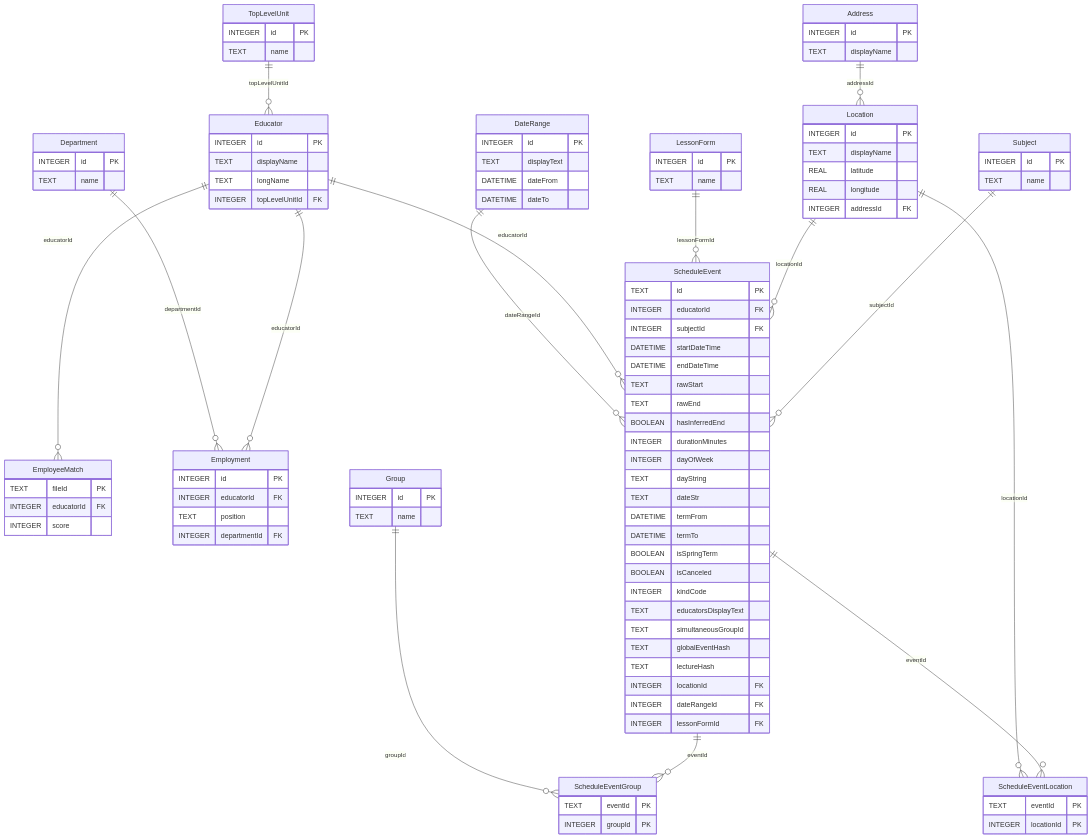
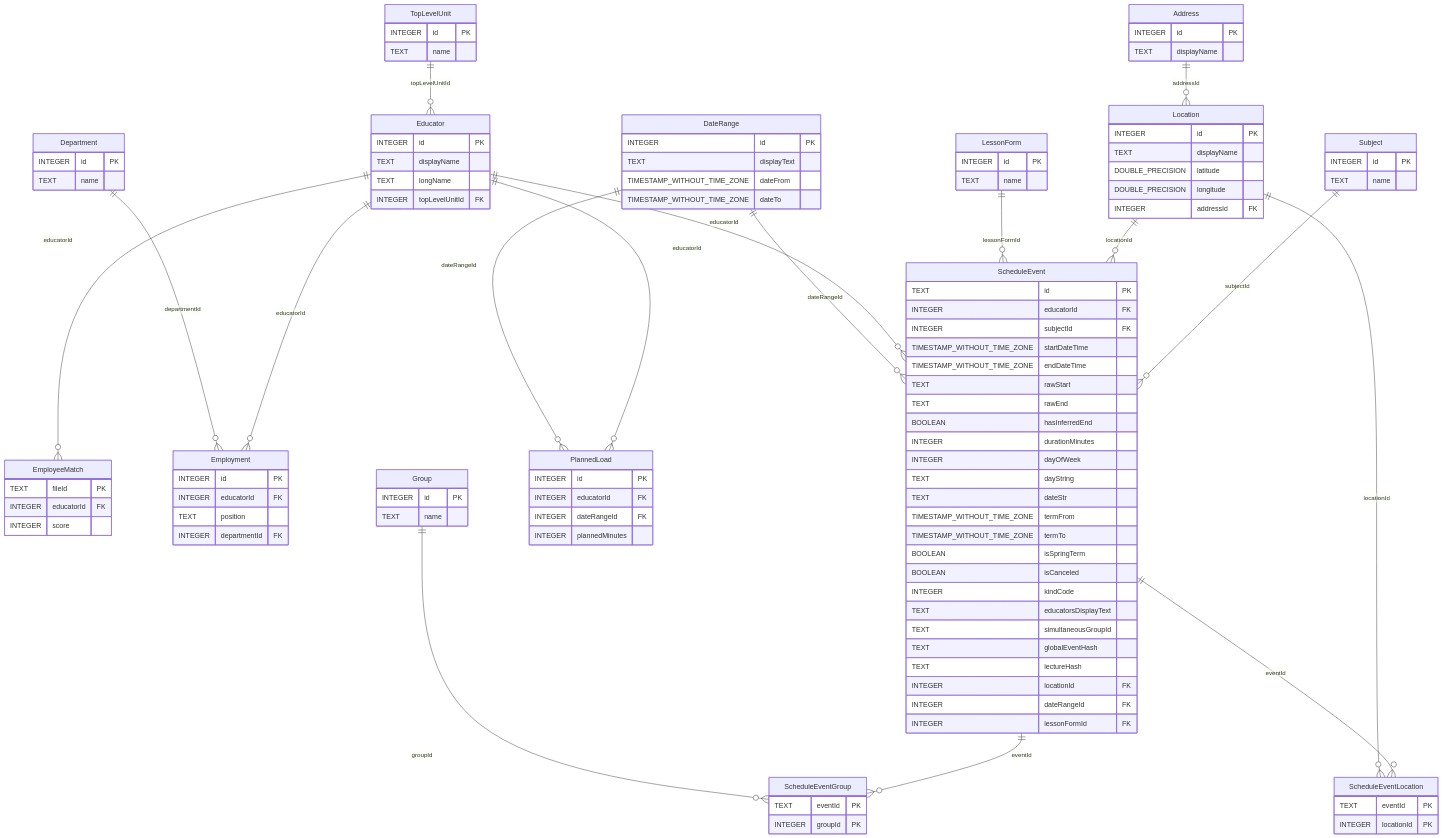
The diagram in db_schema.md (spogozhev/schedulens-analytics), drawn with Mermaid before and after one commit. The commit also changed other lines of this file and 13 other files, not shown here.

Commit message:
feat: add planned load tracking

```diff
--- a/db_schema.md
+++ b/db_schema.md
@@ -15,8 +15,8 @@
   DateRange {
     INTEGER id PK
     TEXT displayText
-    DATETIME dateFrom
-    DATETIME dateTo
+    TIMESTAMP_WITHOUT_TIME_ZONE dateFrom
+    TIMESTAMP_WITHOUT_TIME_ZONE dateTo
   }
   Department {
     INTEGER id PK
@@ -54,9 +54,15 @@
   Location {
     INTEGER id PK
     TEXT displayName
-    REAL latitude
-    REAL longitude
+    DOUBLE_PRECISION latitude
+    DOUBLE_PRECISION longitude
     INTEGER addressId FK
+  }
+  PlannedLoad {
+    INTEGER id PK
+    INTEGER educatorId FK
+    INTEGER dateRangeId FK
+    INTEGER plannedMinutes
   }
   Subject {
     INTEGER id PK
@@ -66,8 +72,8 @@
     TEXT id PK
     INTEGER educatorId FK
     INTEGER subjectId FK
-    DATETIME startDateTime
-    DATETIME endDateTime
+    TIMESTAMP_WITHOUT_TIME_ZONE startDateTime
+    TIMESTAMP_WITHOUT_TIME_ZONE endDateTime
     TEXT rawStart
     TEXT rawEnd
     BOOLEAN hasInferredEnd
@@ -75,8 +81,8 @@
     INTEGER dayOfWeek
     TEXT dayString
     TEXT dateStr
-    DATETIME termFrom
-    DATETIME termTo
+    TIMESTAMP_WITHOUT_TIME_ZONE termFrom
+    TIMESTAMP_WITHOUT_TIME_ZONE termTo
     BOOLEAN isSpringTerm
     BOOLEAN isCanceled
     INTEGER kindCode
@@ -98,10 +104,12 @@
   }
 
   Address ||--o{ Location : "addressId"
+  DateRange ||--o{ PlannedLoad : "dateRangeId"
   DateRange ||--o{ ScheduleEvent : "dateRangeId"
   Department ||--o{ Employment : "departmentId"
   Educator ||--o{ EmployeeMatch : "educatorId"
   Educator ||--o{ Employment : "educatorId"
+  Educator ||--o{ PlannedLoad : "educatorId"
   Educator ||--o{ ScheduleEvent : "educatorId"
   Group ||--o{ ScheduleEventGroup : "groupId"
   LessonForm ||--o{ ScheduleEvent : "lessonFormId"
```
